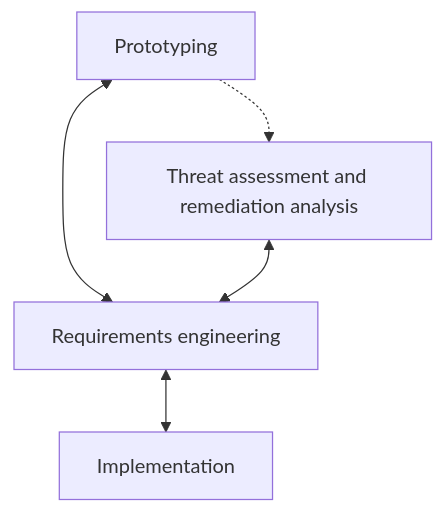
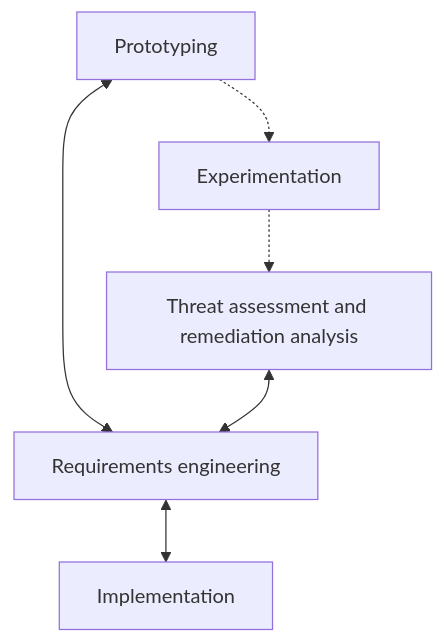
The diagram in docs/paper/images/process.mmd (seffradev/ehd500), drawn with Mermaid before and after one commit. The commit also changed 5 other files, not shown here.

```diff
--- a/docs/paper/images/process.mmd
+++ b/docs/paper/images/process.mmd
@@ -1,10 +1,12 @@
 flowchart TD
   prototype[Prototyping]
+  experimentation[Experimentation]
   requirements[Requirements engineering]
   tara[Threat assessment and remediation analysis]
   implementation[Implementation]
   
   prototype <--> requirements
-  prototype .-> tara
+  prototype .-> experimentation
+  experimentation .-> tara
   tara <--> requirements
   requirements <--> implementation
```
